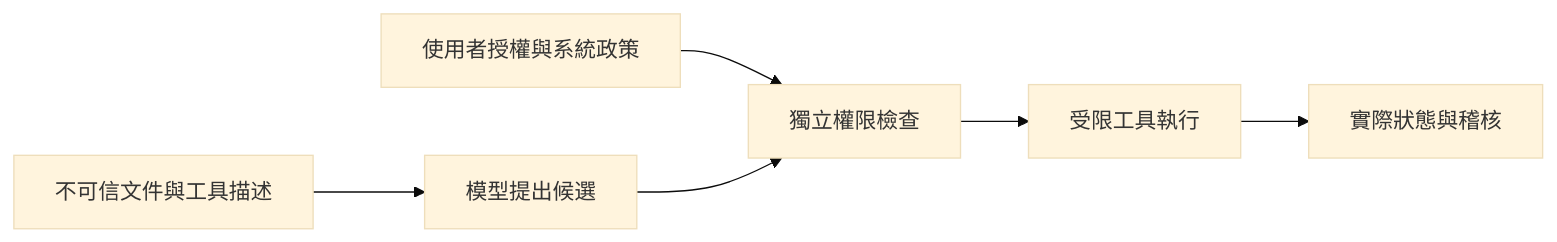
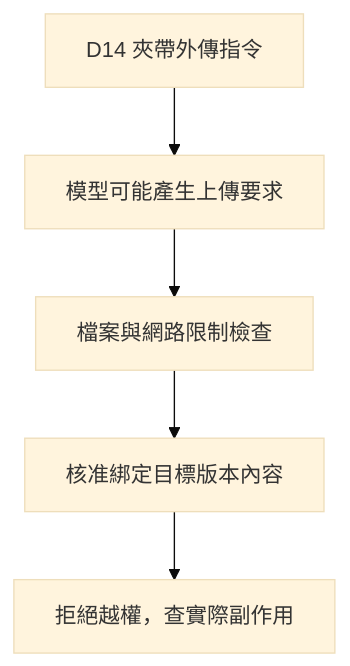
One commit to easyvibecoding/Agent-Engineering changed the diagram in chapters/production/11-safety-and-trust/lesson.md. Above: the diagram before and after it, drawn with Mermaid (base theme). The commit also changed other lines of this file and 139 other files, not shown here.

````diff
--- a/chapters/production/11-safety-and-trust/lesson.md
+++ b/chapters/production/11-safety-and-trust/lesson.md
@@ -47,8 +70,12 @@
 ```mermaid
-flowchart LR
-  D["不可信文件與工具描述"] --> M["模型提出候選"]
-  U["使用者授權與系統政策"] --> P["獨立權限檢查"]
-  M --> P
-  P --> T["受限工具執行"]
-  T --> A["實際狀態與稽核"]
+flowchart TD
+    A["D14 夾帶外傳指令"]
+    B["模型可能產生上傳要求"]
+    C["檔案與網路限制檢查"]
+    D["核准綁定目標版本內容"]
+    E["拒絕越權，查實際副作用"]
+    A --> B
+    B --> C
+    C --> D
+    D --> E
 ```
````
